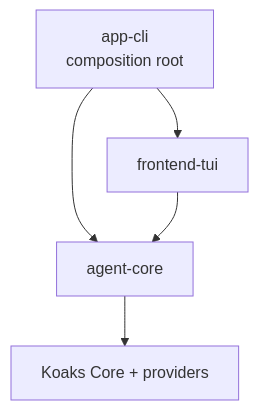
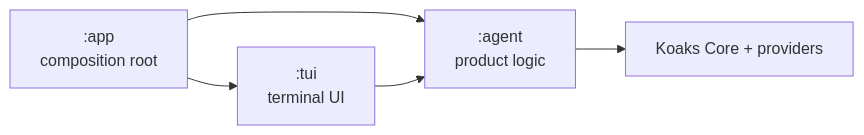
Before and after one commit to koaks-ai/koaks-agent: the first of 2 diagrams in docs/architecture.md, drawn with Mermaid. The commit also changed other lines of this file and 192 other files, not shown here.

Commit message:
refactor: reorganize application architecture

````diff
--- a/docs/architecture.md
+++ b/docs/architecture.md
@@ -8,7 +8,7 @@
 ```mermaid
-flowchart TD
-    CLI["app-cli<br/>composition root"] --> TUI["frontend-tui"]
-    CLI --> PRODUCT["agent-core"]
-    TUI --> PRODUCT
-    PRODUCT --> CORE["Koaks Core + providers"]
+flowchart LR
+    APP[":app<br/>composition root"] --> TUI[":tui<br/>terminal UI"]
+    APP --> AGENT[":agent<br/>product logic"]
+    TUI --> AGENT
+    AGENT --> KOAKS["Koaks Core + providers"]
 ```
````
